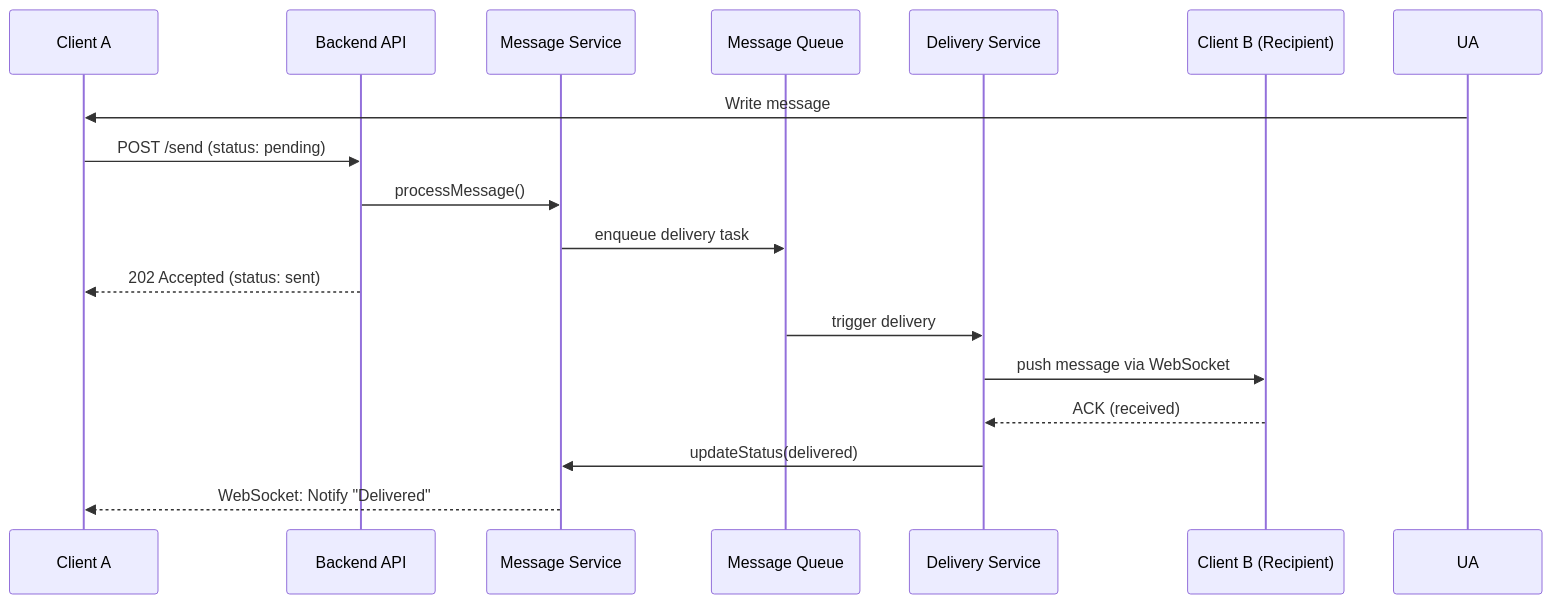
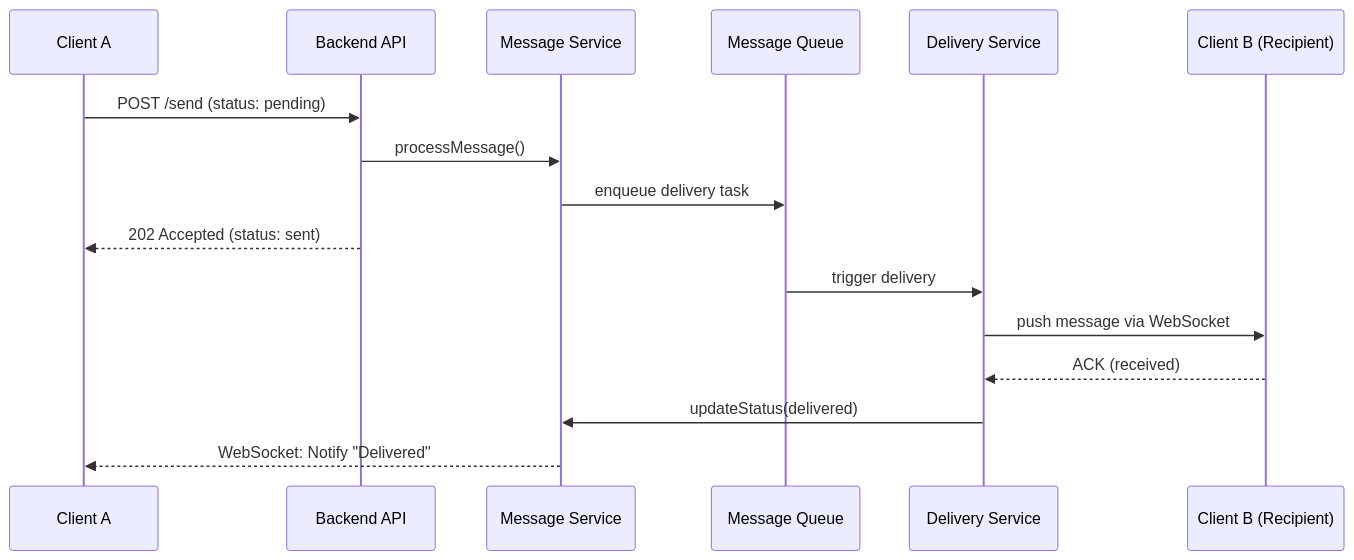
The second of 3 diagrams in README.md (artembaranovsky1/Software-Design-and-Documentation_lab-1.1), drawn with Mermaid before and after one commit.

````diff
--- a/README.md
+++ b/README.md
@@ -21,21 +21,21 @@
 ```mermaid
 sequenceDiagram
     participant C as Client A
     participant API as Backend API
     participant MS as Message Service
     participant Q as Message Queue
     participant DS as Delivery Service
     participant CB as Client B (Recipient)
 
-    UA->>C: Write message
+
     C->>API: POST /send (status: pending)
     API->>MS: processMessage()
     MS->>Q: enqueue delivery task
     API-->>C: 202 Accepted (status: sent)
     
     Q->>DS: trigger delivery
     DS->>CB: push message via WebSocket
     CB-->>DS: ACK (received)
     DS->>MS: updateStatus(delivered)
     MS-->>C: WebSocket: Notify "Delivered"
 ```
````
